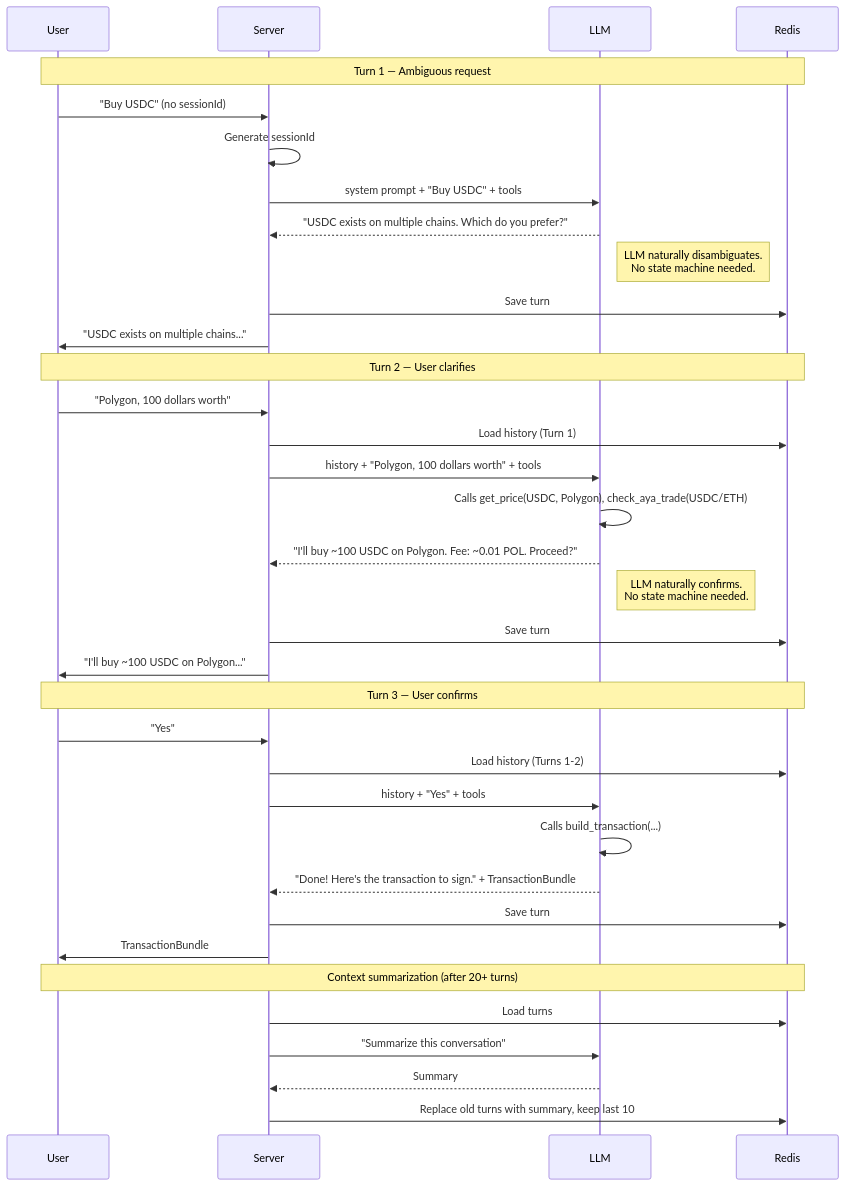
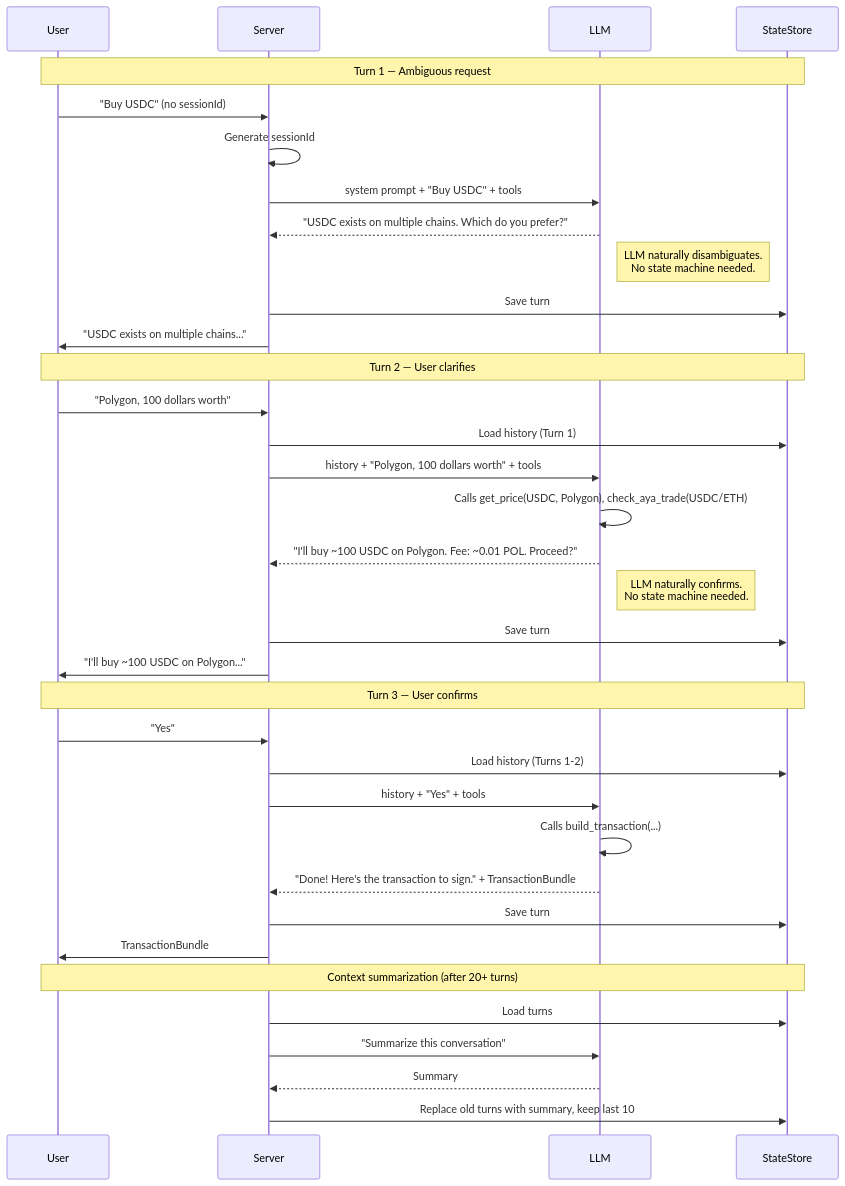
Before and after one commit to klodio/aya-mobile-assistant: the ninth of 14 diagrams in ARCHITECTURE.md, drawn with Mermaid. The commit also changed other lines of this file and 6 other files, not shown here.

````diff
--- a/ARCHITECTURE.md
+++ b/ARCHITECTURE.md
@@ -478,45 +480,45 @@
 ```mermaid
 sequenceDiagram
     participant User as User
     participant Server as Server
     participant LLM as LLM
-    participant Redis as Redis
+    participant Store as StateStore
 
-    Note over User,Redis: Turn 1 — Ambiguous request
+    Note over User,Store: Turn 1 — Ambiguous request
 
     User->>Server: "Buy USDC" (no sessionId)
     Server->>Server: Generate sessionId
     Server->>LLM: system prompt + "Buy USDC" + tools
     LLM-->>Server: "USDC exists on multiple chains. Which do you prefer?"
     Note right of LLM: LLM naturally disambiguates.<br/>No state machine needed.
-    Server->>Redis: Save turn
+    Server->>Store: Save turn
     Server->>User: "USDC exists on multiple chains..."
 
-    Note over User,Redis: Turn 2 — User clarifies
+    Note over User,Store: Turn 2 — User clarifies
 
     User->>Server: "Polygon, 100 dollars worth"
-    Server->>Redis: Load history (Turn 1)
+    Server->>Store: Load history (Turn 1)
     Server->>LLM: history + "Polygon, 100 dollars worth" + tools
     LLM->>LLM: Calls get_price(USDC, Polygon), check_aya_trade(USDC/ETH)
     LLM-->>Server: "I'll buy ~100 USDC on Polygon. Fee: ~0.01 POL. Proceed?"
     Note right of LLM: LLM naturally confirms.<br/>No state machine needed.
-    Server->>Redis: Save turn
+    Server->>Store: Save turn
     Server->>User: "I'll buy ~100 USDC on Polygon..."
 
-    Note over User,Redis: Turn 3 — User confirms
+    Note over User,Store: Turn 3 — User confirms
 
     User->>Server: "Yes"
-    Server->>Redis: Load history (Turns 1-2)
+    Server->>Store: Load history (Turns 1-2)
     Server->>LLM: history + "Yes" + tools
     LLM->>LLM: Calls build_transaction(...)
     LLM-->>Server: "Done! Here's the transaction to sign." + TransactionBundle
-    Server->>Redis: Save turn
+    Server->>Store: Save turn
     Server->>User: TransactionBundle
 
-    Note over User,Redis: Context summarization (after 20+ turns)
+    Note over User,Store: Context summarization (after 20+ turns)
 
-    Server->>Redis: Load turns
+    Server->>Store: Load turns
     Server->>LLM: "Summarize this conversation"
     LLM-->>Server: Summary
-    Server->>Redis: Replace old turns with summary, keep last 10
+    Server->>Store: Replace old turns with summary, keep last 10
 ```
````
